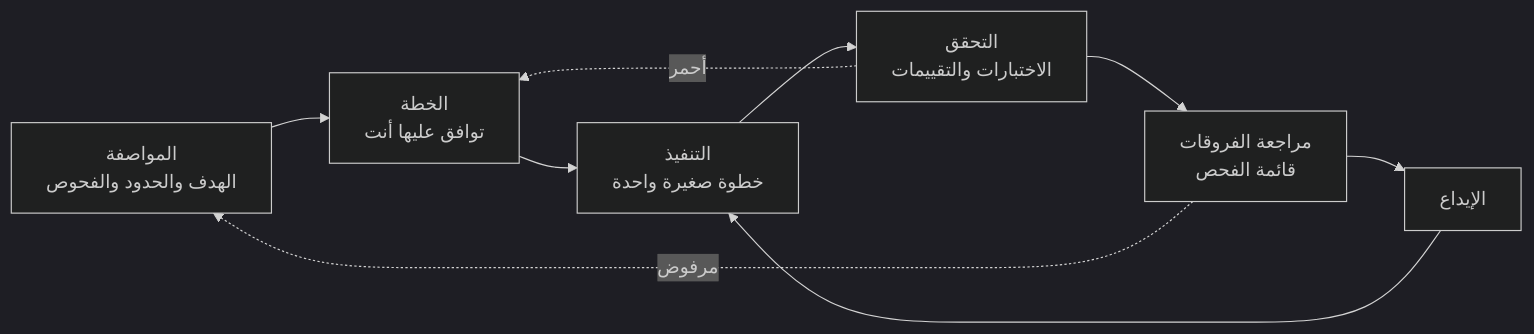
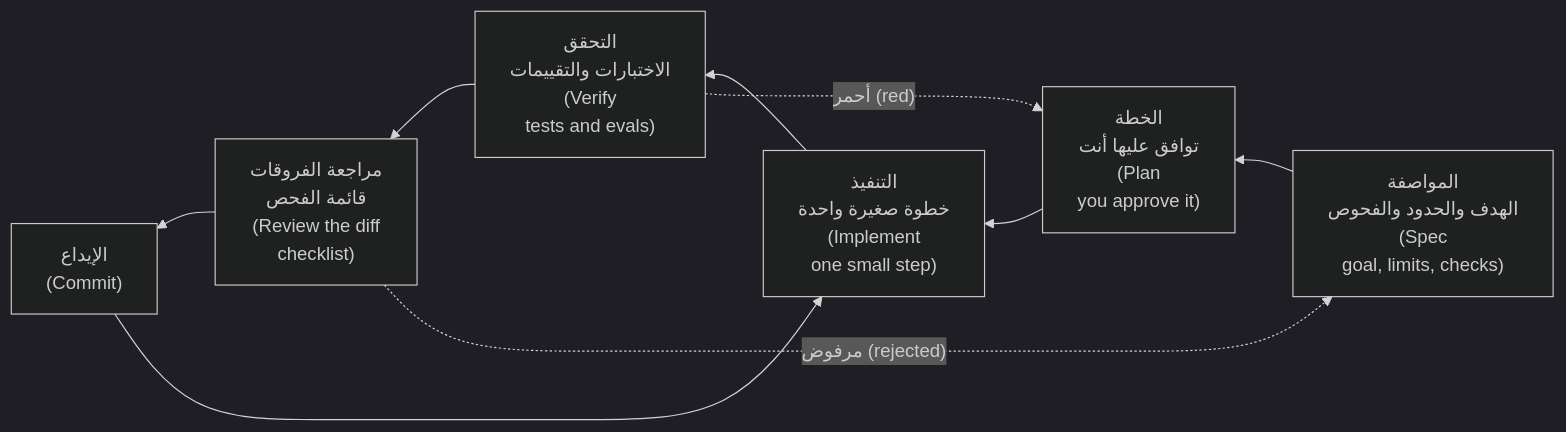
Before and after one commit to Tamoura/system-design-for-vibe-coders: the third of 3 diagrams in aiapps/modules/00-orientation.ar.md, drawn with Mermaid (dark theme). The commit also changed other lines of this file and 17 other files, not shown here.

First line of the commit message:
AI applications & agents: Arabic edition complete (RTL diagrams, diagram glosses, translated 60-question exam)

````diff
--- a/aiapps/modules/00-orientation.ar.md
+++ b/aiapps/modules/00-orientation.ar.md
@@ -656,11 +656,11 @@
 ```mermaid
-flowchart LR
-    S["المواصفة<br/>الهدف والحدود والفحوص"] --> P["الخطة<br/>توافق عليها أنت"]
-    P --> I["التنفيذ<br/>خطوة صغيرة واحدة"]
-    I --> V["التحقق<br/>الاختبارات والتقييمات"]
-    V --> R["مراجعة الفروقات<br/>قائمة الفحص"]
-    R --> C["الإيداع"]
+flowchart RL
+    S["المواصفة<br/>الهدف والحدود والفحوص<br/>(Spec<br/>goal, limits, checks)"] --> P["الخطة<br/>توافق عليها أنت<br/>(Plan<br/>you approve it)"]
+    P --> I["التنفيذ<br/>خطوة صغيرة واحدة<br/>(Implement<br/>one small step)"]
+    I --> V["التحقق<br/>الاختبارات والتقييمات<br/>(Verify<br/>tests and evals)"]
+    V --> R["مراجعة الفروقات<br/>قائمة الفحص<br/>(Review the diff<br/>checklist)"]
+    R --> C["الإيداع<br/>(Commit)"]
     C --> I
-    V -.->|"أحمر"| P
-    R -.->|"مرفوض"| S
+    V -.->|"أحمر (red)"| P
+    R -.->|"مرفوض (rejected)"| S
 ```
````
